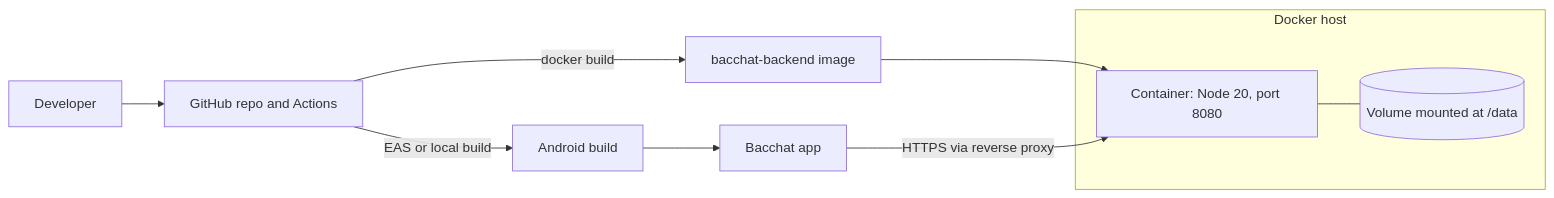
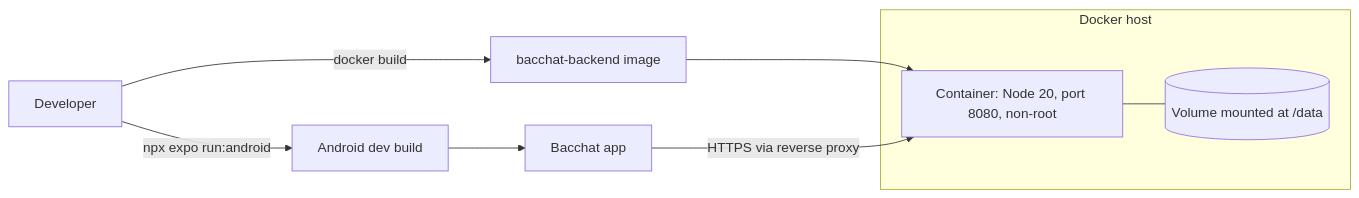
Before and after one commit to Aditya-Jyoti/bacchat: diagram 14 of 17 in docs/architecture.md, drawn with Mermaid. The commit also changed other lines of this file and 52 other files, not shown here.

````diff
--- a/docs/architecture.md
+++ b/docs/architecture.md
@@ -353,14 +450,13 @@
 ```mermaid
 flowchart LR
-    DEV[Developer] --> GH[GitHub repo and Actions]
-    GH -->|docker build| IMG[bacchat-backend image]
+    DEV[Developer] -->|docker build| IMG[bacchat-backend image]
     IMG --> C
     subgraph HOST[Docker host]
-      C[Container: Node 20, port 8080]
+      C[Container: Node 20, port 8080, non-root]
       V[(Volume mounted at /data)]
       C --- V
     end
     PHONE[Bacchat app] -->|HTTPS via reverse proxy| C
-    GH -->|EAS or local build| APK[Android build]
+    DEV -->|npx expo run:android| APK[Android dev build]
     APK --> PHONE
 ```
````
